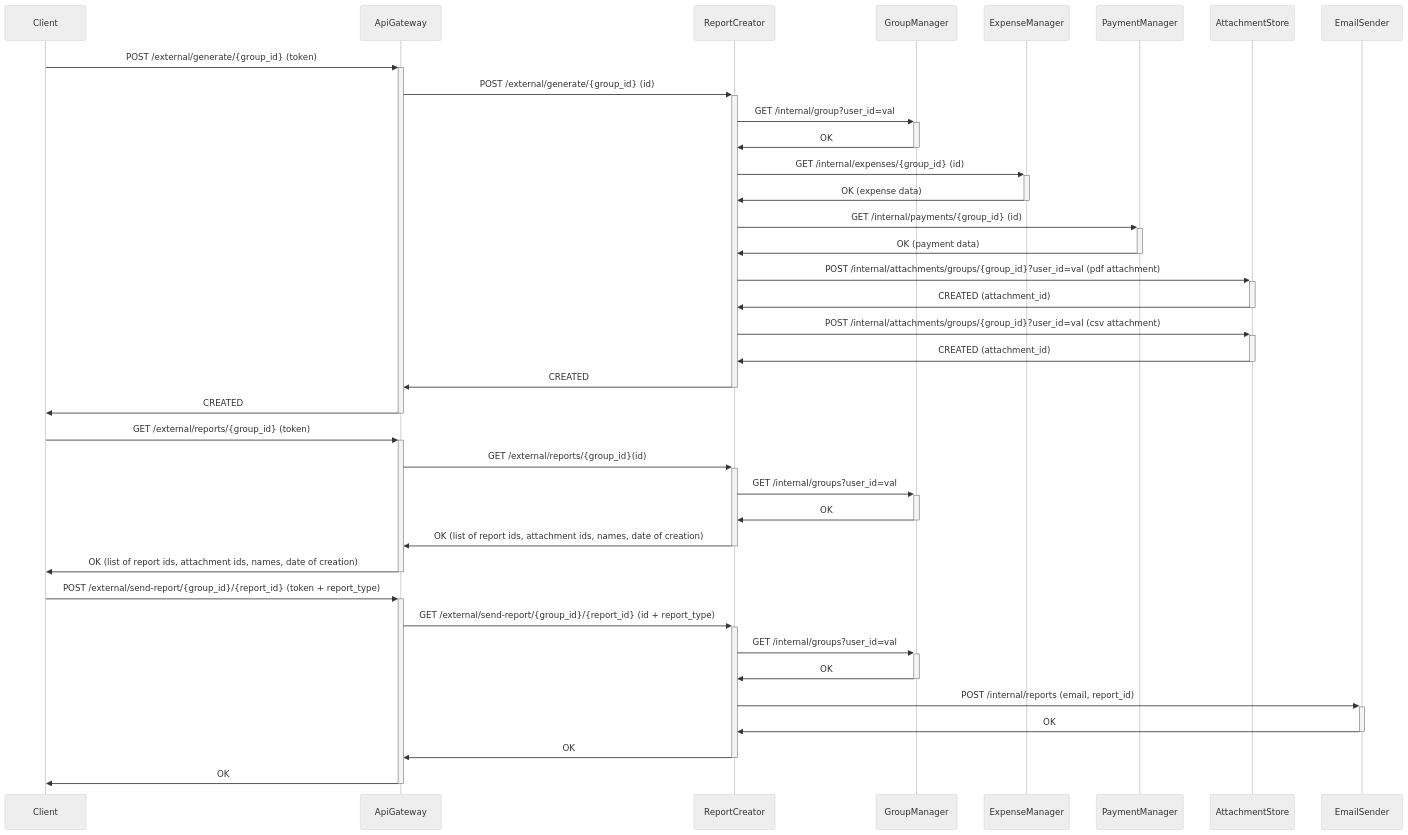
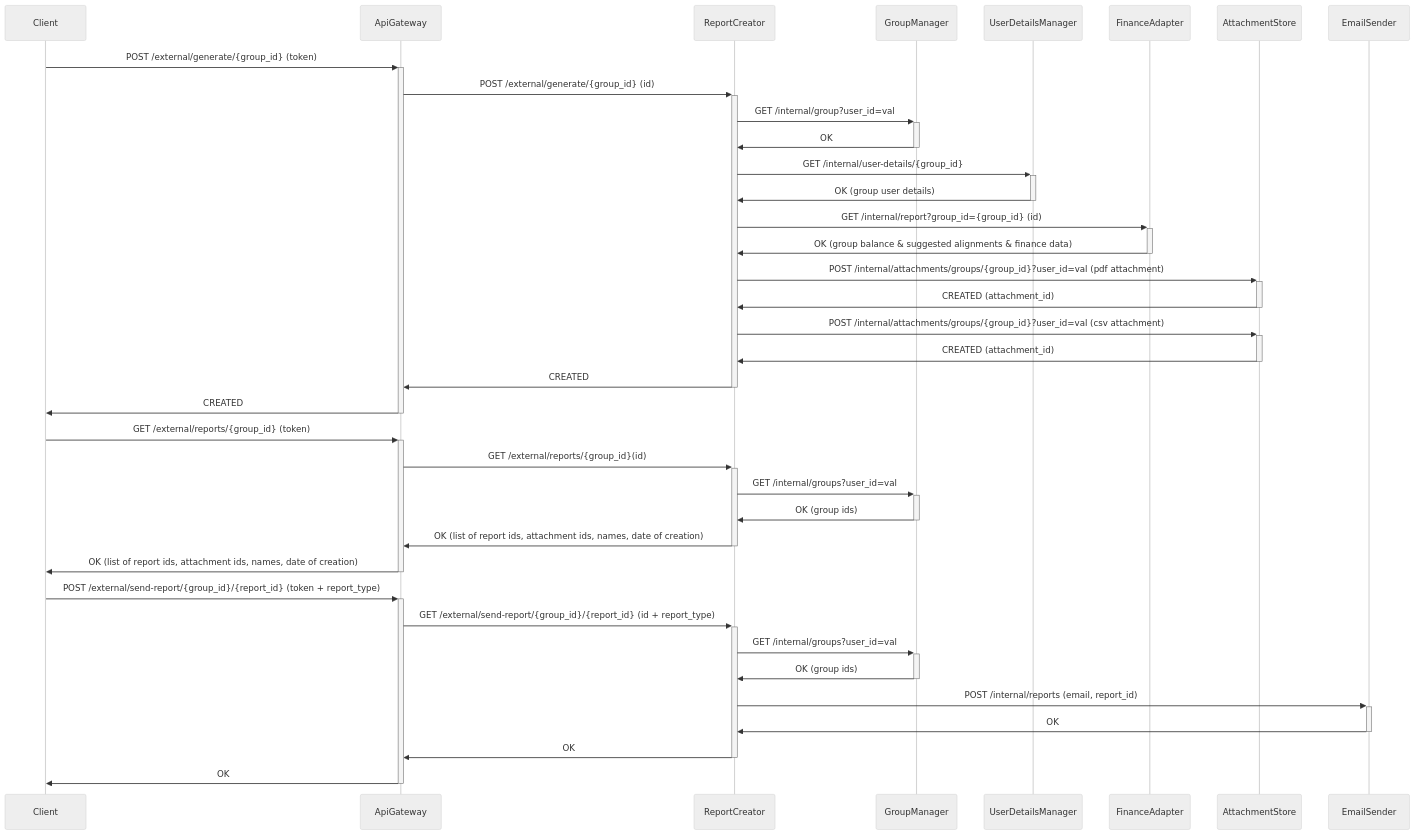
The ninth of 10 diagrams in docs/diagrams.md (Group-Expense-Manager/gem-docs), drawn with Mermaid (neutral theme) before and after one commit. The commit also changed other lines of this file and 1 other file, not shown here.

Commit message:
added Report Creator & Payment Manager & Currency Manager & Finance Adapter contract

````diff
--- a/docs/diagrams.md
+++ b/docs/diagrams.md
@@ -293,52 +309,52 @@
 ```mermaid
 sequenceDiagram
 
 Client->>+ApiGateway: POST /external/generate/{group_id} (token)
 ApiGateway->>+ReportCreator: POST /external/generate/{group_id} (id)
 ReportCreator->>+GroupManager: GET /internal/group?user_id=val
 GroupManager->>-ReportCreator: OK
-ReportCreator->>+ ExpenseManager: GET /internal/expenses/{group_id} (id)
-ExpenseManager->>- ReportCreator: OK (expense data)
-ReportCreator->>+ PaymentManager: GET /internal/payments/{group_id} (id)
-PaymentManager->>- ReportCreator: OK (payment data)
+ReportCreator->>+UserDetailsManager: GET /internal/user-details/{group_id}
+UserDetailsManager->>-ReportCreator: OK (group user details)
+ReportCreator->>+ FinanceAdapter: GET /internal/report?group_id={group_id} (id)
+FinanceAdapter->>- ReportCreator: OK (group balance & suggested alignments & finance data)
 ReportCreator->>+AttachmentStore:  POST /internal/attachments/groups/{group_id}?user_id=val (pdf attachment)
 AttachmentStore->>-ReportCreator: CREATED (attachment_id)
 ReportCreator->>+AttachmentStore:  POST /internal/attachments/groups/{group_id}?user_id=val (csv attachment)
 AttachmentStore->>-ReportCreator: CREATED (attachment_id)
 ReportCreator->>-ApiGateway: CREATED
 ApiGateway->>-Client: CREATED
 
 Client->>+ApiGateway: GET /external/reports/{group_id} (token)
 ApiGateway->>+ReportCreator: GET /external/reports/{group_id}(id)
 ReportCreator->>+GroupManager: GET /internal/groups?user_id=val
-GroupManager->>-ReportCreator: OK
+GroupManager->>-ReportCreator: OK (group ids)
 ReportCreator->>-ApiGateway: OK (list of report ids, attachment ids, names, date of creation)
 ApiGateway->>-Client: OK (list of report ids, attachment ids, names, date of creation)
 
 Client->>+ApiGateway: POST /external/send-report/{group_id}/{report_id} (token + report_type)
 ApiGateway->>+ReportCreator: GET /external/send-report/{group_id}/{report_id} (id + report_type)
 ReportCreator->>+GroupManager: GET /internal/groups?user_id=val
-GroupManager->>-ReportCreator: OK
+GroupManager->>-ReportCreator: OK (group ids)
 ReportCreator->>+EmailSender: POST /internal/reports (email, report_id)
 EmailSender->>-ReportCreator: OK
 ReportCreator->>-ApiGateway: OK
 ApiGateway->>-Client: OK
 
 %%Client->>+ApiGateway: GET /external/download-pdf-report/{group_id}/{report_id} (token)
 %%ApiGateway->>+ReportCreator: GET /external/download-pdf-report/{group_id}/{report_id} (id)
 %%ReportCreator->>+GroupManager: GET /internal/groups?user_id=val
 %%GroupManager->>-ReportCreator: OK
 %%ReportCreator->>+AttachmentStore: GET /internal/attachments/groups/{group_id}/{attachment_id}  (id)
 %%AttachmentStore->>-ReportCreator: OK (attachment)
 %%ReportCreator->>-ApiGateway: OK (pdf)
 %%ApiGateway->>-Client: OK (pdf)
 %%
 %%Client->>+ApiGateway: GET /external/download-csv-report/{group_id}/{report_id} (token)
 %%ApiGateway->>+ReportCreator: GET /external/download-csv-report/{group_id}/{report_id} (id)
 %%ReportCreator->>+GroupManager: GET /internal/groups?user_id=val 
 %%GroupManager->>-ReportCreator: OK
 %%ReportCreator->>+AttachmentStore: GET /internal/attachments/groups/{group_id}/{attachment_id}  (id)
 %%AttachmentStore->>-ReportCreator: OK (attachment)
 %%ReportCreator->>-ApiGateway: OK (csv)
 %%ApiGateway->>-Client: OK (csv)
 ```
````
